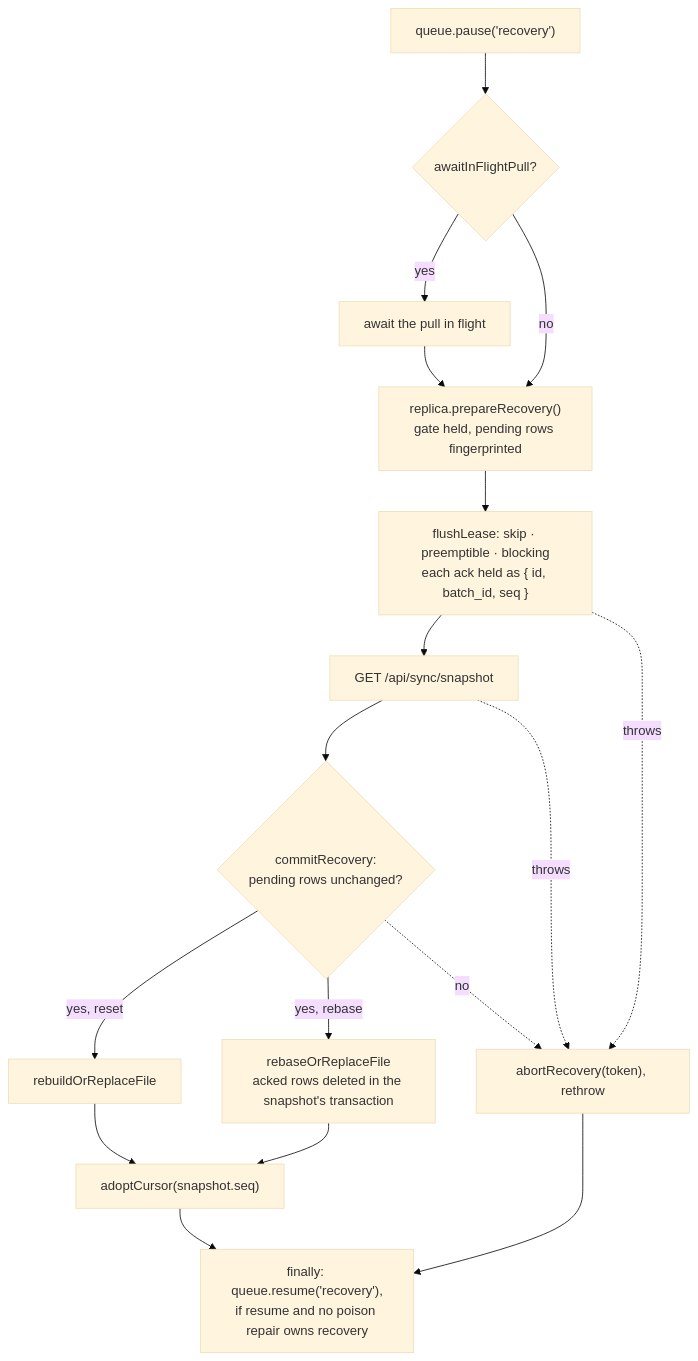
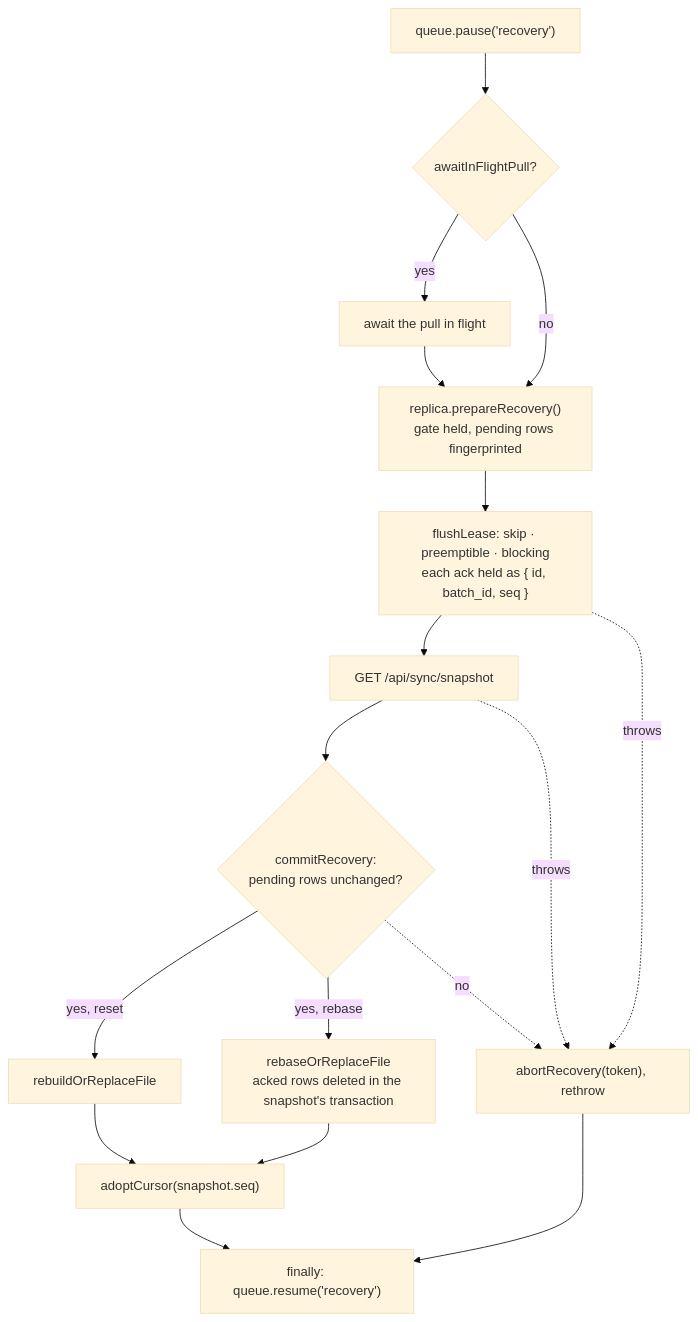
One commit to ArthurClune/pkm-system changed the second of 2 diagrams in docs/architecture/sync-recovery.md. Above: the diagram before and after it, drawn with Mermaid (base theme). The commit also changed other lines of this file and 2 other files, not shown here.

First line of the commit message:
docs: the recovery barrier's owners, the lane mark before the persist RPC (pkm-o4qp, pkm-ees3)

````diff
--- a/docs/architecture/sync-recovery.md
+++ b/docs/architecture/sync-recovery.md
@@ -250,18 +282,18 @@
 ```mermaid
 flowchart TD
     P["queue.pause('recovery')"] --> AW{"awaitInFlightPull?"}
     AW -->|yes| WP["await the pull in flight"] --> L
     AW -->|no| L["replica.prepareRecovery()<br/>gate held, pending rows fingerprinted"]
     L --> F["flushLease: skip · preemptible · blocking<br/>each ack held as { id, batch_id, seq }"]
     F --> S["GET /api/sync/snapshot"]
     S --> C{"commitRecovery:<br/>pending rows unchanged?"}
     C -->|"yes, reset"| RB["rebuildOrReplaceFile"]
     C -->|"yes, rebase"| RS["rebaseOrReplaceFile<br/>acked rows deleted in the snapshot's transaction"]
     RB --> OK["adoptCursor(snapshot.seq)"]
     RS --> OK
     C -.->|no| AB["abortRecovery(token), rethrow"]
     F -.->|throws| AB
     S -.->|throws| AB
-    OK --> R["finally: queue.resume('recovery'),<br/>if resume and no poison repair owns recovery"]
+    OK --> R["finally: queue.resume('recovery')"]
     AB --> R
 ```
````
